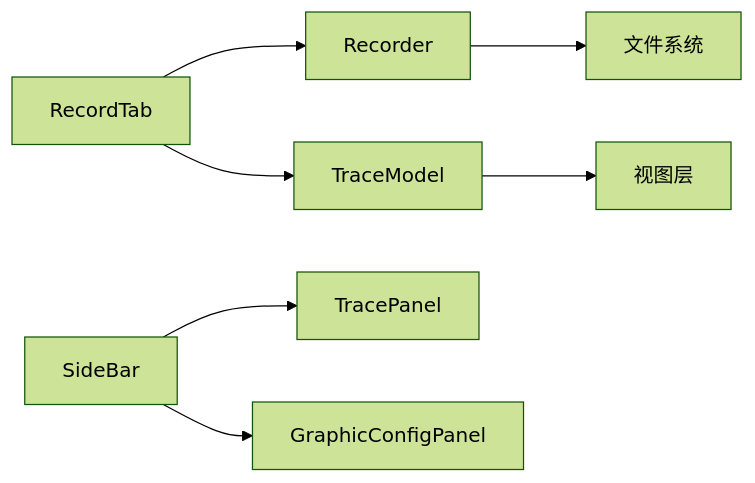
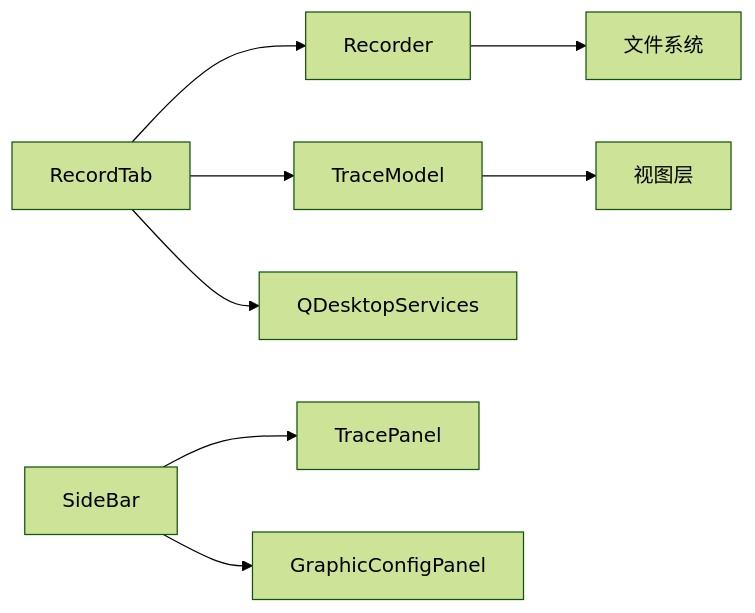
The ninth of 9 diagrams in .qoder/repowiki/zh/content/架构设计/UI系统设计/录制管理Tab组件/录制管理Tab组件.md (jakecai1225-design/OpenBus), drawn with Mermaid (forest theme) before and after one commit. The commit also changed other lines of this file and 10 other files, not shown here.

````diff
--- a/.qoder/repowiki/zh/content/架构设计/UI系统设计/录制管理Tab组件/录制管理Tab组件.md
+++ b/.qoder/repowiki/zh/content/架构设计/UI系统设计/录制管理Tab组件/录制管理Tab组件.md
@@ -385,9 +430,10 @@
 ```mermaid
 graph LR
 RecordTab["RecordTab"] --> Recorder["Recorder"]
 RecordTab --> TraceModel["TraceModel"]
+RecordTab --> QDesktopServices["QDesktopServices"]
 SideBar["SideBar"] --> TracePanel["TracePanel"]
 SideBar --> GraphicPanel["GraphicConfigPanel"]
 Recorder --> FileSystem["文件系统"]
 TraceModel --> View["视图层"]
 ```
````
